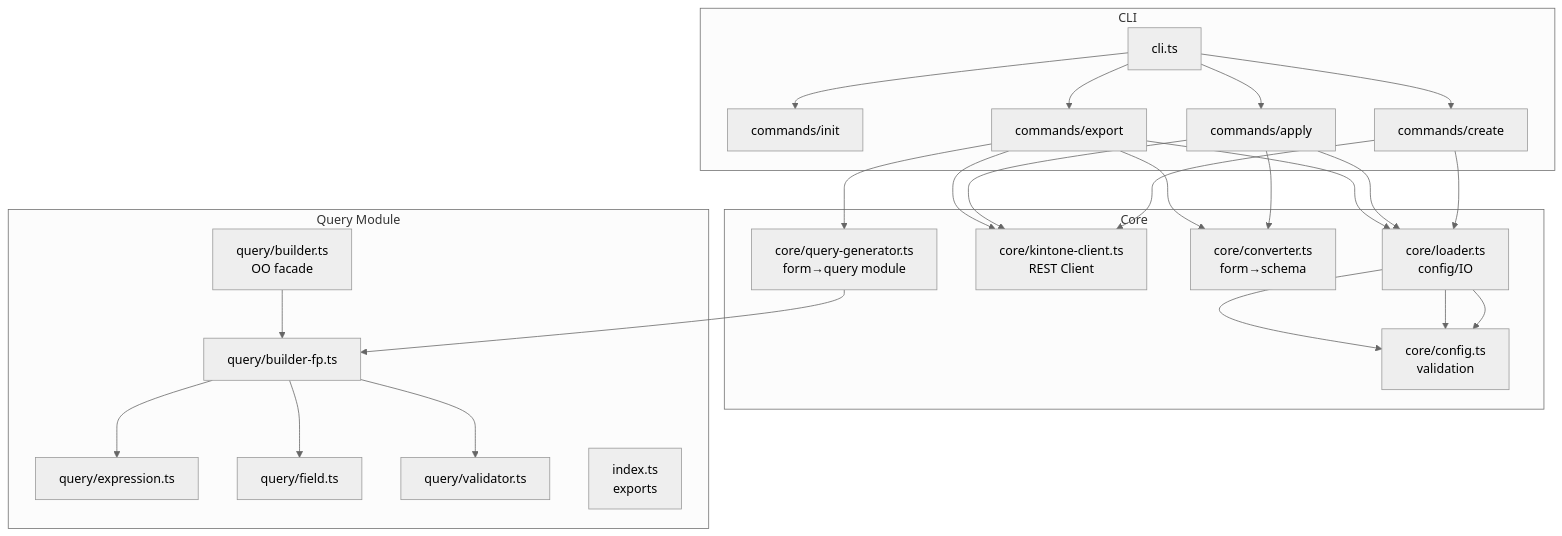
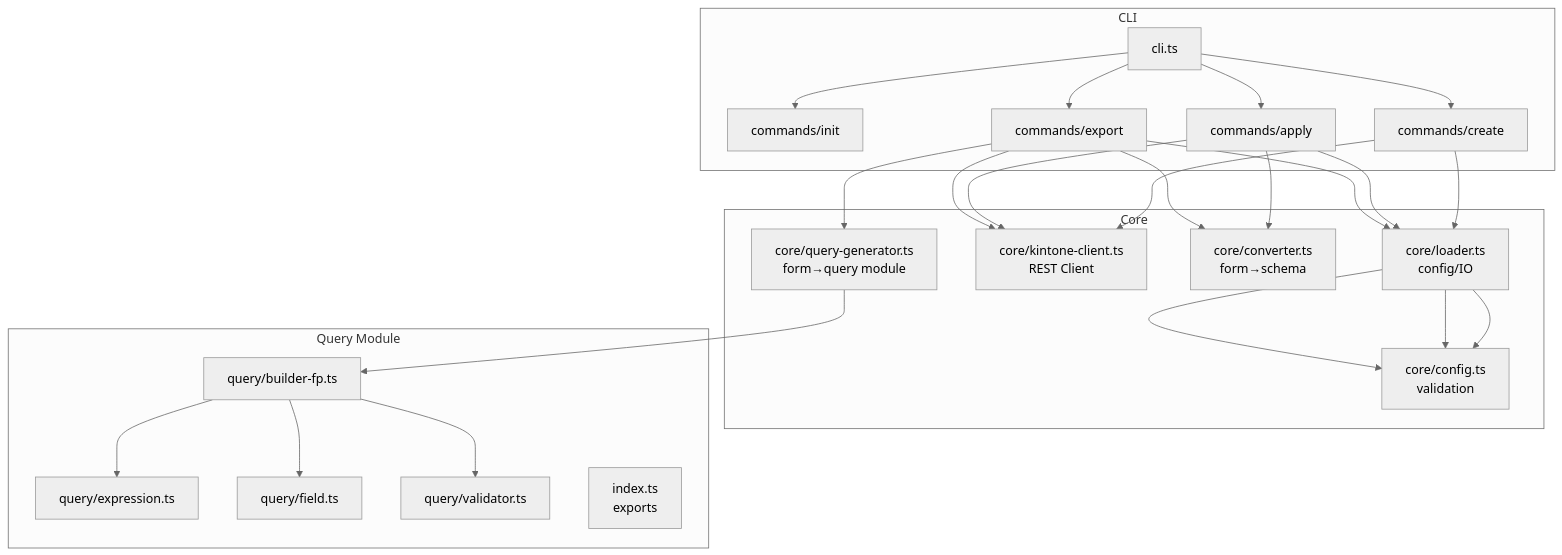
One commit to Kensei-Kimoto/kintone-as-code changed the first of 4 diagrams in docs/architecture.ja.md. Above: the diagram before and after it, drawn with Mermaid (neutral theme). The commit also changed other lines of this file, not shown here.

Commit message:
PAR-42: アーキテクチャ図と説明からOOファサード痕跡を除去し、FPのみの公開方針を明記

````diff
--- a/docs/architecture.ja.md
+++ b/docs/architecture.ja.md
@@ -7,48 +7,46 @@
 ```mermaid
 graph TB
   subgraph CLI
     C0[cli.ts]
     C1[commands/init]
     C2[commands/export]
     C3[commands/apply]
     C4[commands/create]
   end
 
   subgraph Core
     L["core/loader.ts<br/>config/IO"]
     CFG["core/config.ts<br/>validation"]
     KC["core/kintone-client.ts<br/>REST Client"]
     CONV["core/converter.ts<br/>form→schema"]
     QGEN["core/query-generator.ts<br/>form→query module"]
   end
 
   subgraph QueryModule[Query Module]
     EX[query/expression.ts]
     F[query/field.ts]
     B[query/builder-fp.ts]
-    BOO["query/builder.ts<br/>OO facade"]
     VAL[query/validator.ts]
     PUB["index.ts<br/>exports"]
   end
 
   C0 --> C2
   C0 --> C3
   C0 --> C4
   C0 --> C1
 
   C2 --> L --> CFG
   C2 --> KC
   C2 --> CONV
   C2 --> QGEN --> B
   B --> EX
   B --> F
   B --> VAL
-  BOO --> B
 
   C3 --> L --> CFG
   C3 --> KC
   C3 --> CONV
 
   C4 --> L --> CFG
   C4 --> KC
 ```
````
